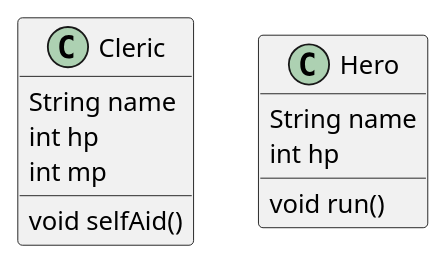
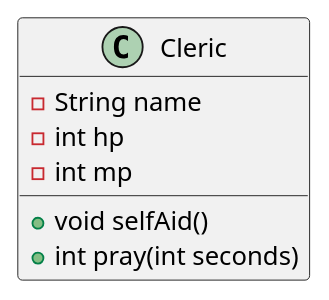
Before and after one commit to SurvivalCodingCampus/gangnam3-java-oop: the diagram in src/main/java/com/survivalcoding/game.puml, drawn with PlantUML. The commit also changed 14 other files, not shown here.

```diff
--- a/src/main/java/com/survivalcoding/game.puml
+++ b/src/main/java/com/survivalcoding/game.puml
@@ -1,19 +1,12 @@
 @startuml
-'https://plantuml.com/class-diagram
 
-    class Cleric {
-        String name
-        int hp
-        int mp
-        void selfAid()
+class Cleric {
+    - String name
+    - int hp
+    - int mp
 
-    }
-    class Hero {
-        String name
-        int hp
-
-        void run()
-
-    }
+    + void selfAid()
+    + int pray(int seconds)
+}
 
 @enduml
```
